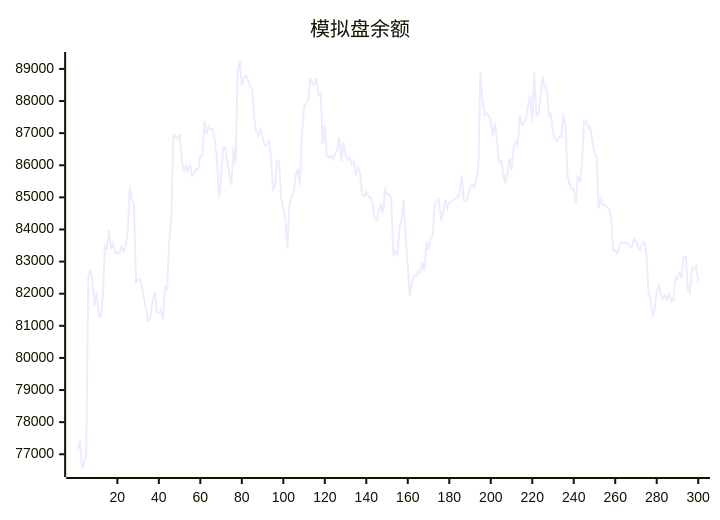
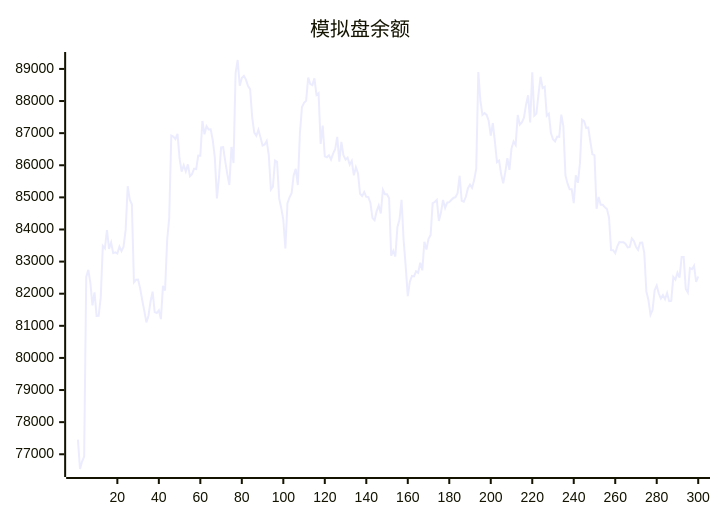
One commit to aahl/ai-trading changed the diagram in README.md. Above: the diagram before and after it, drawn with Mermaid. The commit also changed other lines of this file and 1 other file, not shown here.

````diff
--- a/README.md
+++ b/README.md
@@ -5,5 +5,5 @@
 ```mermaid
 xychart
     title "模拟盘余额"
-    line [77160,77456,76541,76774,76927,82520,82744,82337,81639,82040,81307,81314,81887,83490,83414,83984,83396,83594,83261,83287,83253,83470,83327,83465,83987,85348,84930,84786,82355,82433,82438,82167,81795,81466,81105,81315,81756,82064,81426,81398,81481,81210,82242,82099,83658,84359,86925,86892,86814,86980,86203,85802,86003,85811,86028,85657,85721,85896,85880,86300,86299,87378,86965,87214,87115,87118,86780,86238,84966,85623,86555,86562,86129,85722,85387,86569,86070,88870,89278,88477,88720,88781,88668,88467,88372,87493,87018,86917,87102,86870,86613,86644,86758,86317,85242,85334,86149,86106,84968,84671,84302,83410,84816,85001,85127,85693,85891,85384,87001,87811,87945,88007,88734,88528,88495,88705,88189,88248,86662,87234,86279,86251,86314,86177,86364,86503,86886,86114,86731,86310,86176,86240,86017,86136,85685,85938,85749,85111,85044,85164,85016,85008,84824,84354,84287,84572,84745,84500,85234,85096,85095,84970,83180,83338,83157,84070,84309,84922,83667,82850,81924,82369,82552,82539,82695,82648,82962,82728,83619,83378,83710,83825,84819,84854,84917,84265,84527,84919,84668,84834,84850,84916,84981,85004,85131,85674,84891,84864,85019,85284,85393,85294,85538,85894,88904,88012,87567,87625,87568,87386,86920,87313,86737,86094,86143,85725,85437,85787,86219,85859,86526,86740,86630,87563,87264,87335,87483,87886,88180,87335,88894,87544,87608,88207,88755,88401,88444,87543,87608,87000,86810,86740,86894,86884,87576,87209,85686,85435,85251,85255,84820,85689,85453,86066,87420,87373,87161,87178,86740,86341,86315,84643,85012,84772,84768,84690,84635,84376,83360,83357,83259,83474,83608,83606,83602,83548,83440,83454,83724,83644,83464,83365,83590,83592,83275,82072,81806,81344,81492,82109,82254,82006,81848,81955,81829,82022,81769,81776,82522,82441,82656,82498,83144,83144,82150,82038,82797,82763,82872,82367]
+    line [77456,76541,76774,76927,82520,82744,82337,81639,82040,81307,81314,81887,83490,83414,83984,83396,83594,83261,83287,83253,83470,83327,83465,83987,85348,84930,84786,82355,82433,82438,82167,81795,81466,81105,81315,81756,82064,81426,81398,81481,81210,82242,82099,83658,84359,86925,86892,86814,86980,86203,85802,86003,85811,86028,85657,85721,85896,85880,86300,86299,87378,86965,87214,87115,87118,86780,86238,84966,85623,86555,86562,86129,85722,85387,86569,86070,88870,89278,88477,88720,88781,88668,88467,88372,87493,87018,86917,87102,86870,86613,86644,86758,86317,85242,85334,86149,86106,84968,84671,84302,83410,84816,85001,85127,85693,85891,85384,87001,87811,87945,88007,88734,88528,88495,88705,88189,88248,86662,87234,86279,86251,86314,86177,86364,86503,86886,86114,86731,86310,86176,86240,86017,86136,85685,85938,85749,85111,85044,85164,85016,85008,84824,84354,84287,84572,84745,84500,85234,85096,85095,84970,83180,83338,83157,84070,84309,84922,83667,82850,81924,82369,82552,82539,82695,82648,82962,82728,83619,83378,83710,83825,84819,84854,84917,84265,84527,84919,84668,84834,84850,84916,84981,85004,85131,85674,84891,84864,85019,85284,85393,85294,85538,85894,88904,88012,87567,87625,87568,87386,86920,87313,86737,86094,86143,85725,85437,85787,86219,85859,86526,86740,86630,87563,87264,87335,87483,87886,88180,87335,88894,87544,87608,88207,88755,88401,88444,87543,87608,87000,86810,86740,86894,86884,87576,87209,85686,85435,85251,85255,84820,85689,85453,86066,87420,87373,87161,87178,86740,86341,86315,84643,85012,84772,84768,84690,84635,84376,83360,83357,83259,83474,83608,83606,83602,83548,83440,83454,83724,83644,83464,83365,83590,83592,83275,82072,81806,81344,81492,82109,82254,82006,81848,81955,81829,82022,81769,81776,82522,82441,82656,82498,83144,83144,82150,82038,82797,82763,82872,82367,82536]
 ```
````
